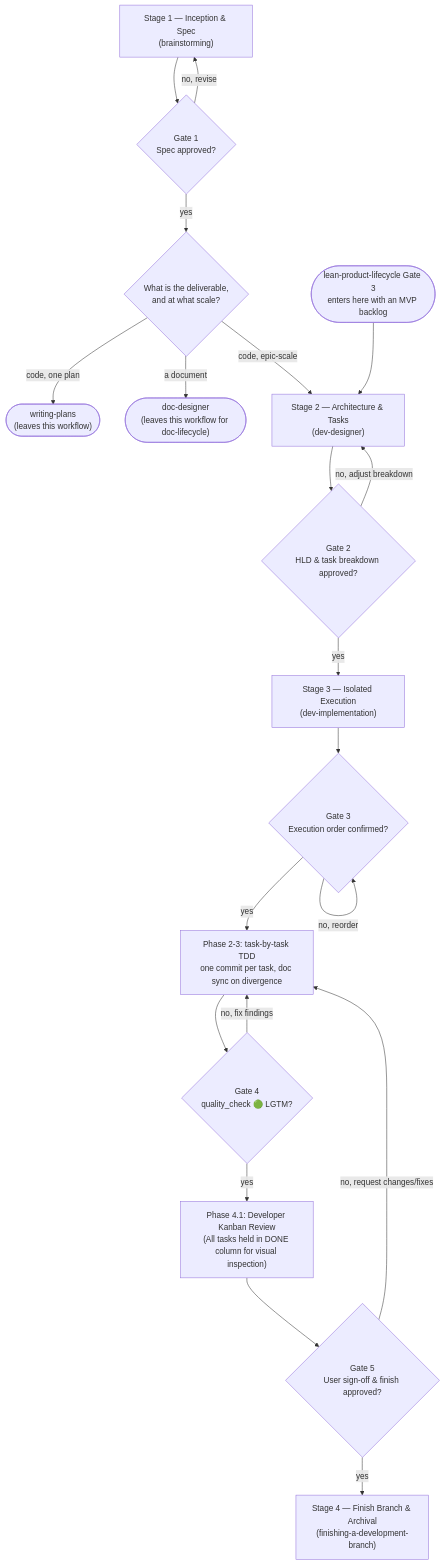
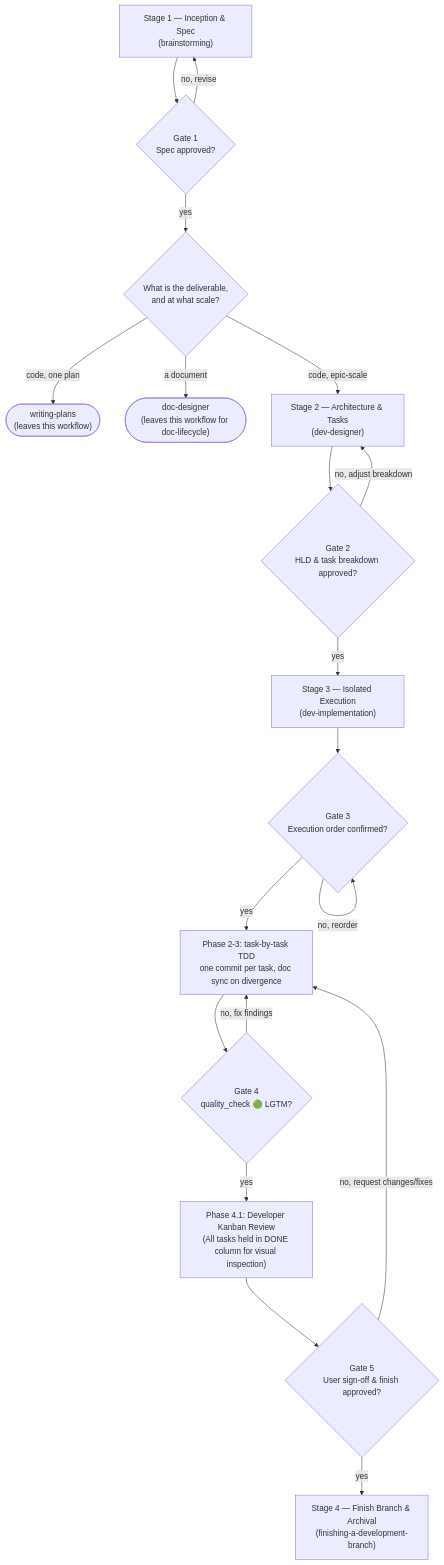
One commit to DanhDue/ai-agent-tools changed the diagram in skills/dev-lifecycle/SKILL.md. Above: the diagram before and after it, drawn with Mermaid. The commit also changed other lines of this file and 1 other file, not shown here.

First line of the commit message:
[DOC_LIFECYCLE] Revert the out-of-scope dev-lifecycle changes

````diff
--- a/skills/dev-lifecycle/SKILL.md
+++ b/skills/dev-lifecycle/SKILL.md
@@ -22,39 +22,37 @@
 ```mermaid
 flowchart TD
     S1["Stage 1 — Inception &amp; Spec<br/>(brainstorming)"]
     G1{"Gate 1<br/>Spec approved?"}
     ROUTE{"What is the deliverable,<br/>and at what scale?"}
     PLANS(["writing-plans<br/>(leaves this workflow)"])
     DOCD(["doc-designer<br/>(leaves this workflow for doc-lifecycle)"])
-    LEAN(["lean-product-lifecycle Gate 3<br/>enters here with an MVP backlog"])
     S2["Stage 2 — Architecture &amp; Tasks<br/>(dev-designer)"]
     G2{"Gate 2<br/>HLD &amp; task breakdown approved?"}
     S3["Stage 3 — Isolated Execution<br/>(dev-implementation)"]
     G3{"Gate 3<br/>Execution order confirmed?"}
     EXEC["Phase 2-3: task-by-task TDD<br/>one commit per task, doc sync on divergence"]
     G4{"Gate 4<br/>quality_check 🟢 LGTM?"}
     REVIEW["Phase 4.1: Developer Kanban Review<br/>(All tasks held in DONE column for visual inspection)"]
     G5{"Gate 5<br/>User sign-off &amp; finish approved?"}
     S4["Stage 4 — Finish Branch &amp; Archival<br/>(finishing-a-development-branch)"]
 
     S1 --> G1
     G1 -->|no, revise| S1
     G1 -->|yes| ROUTE
     ROUTE -->|"code, one plan"| PLANS
     ROUTE -->|"a document"| DOCD
     ROUTE -->|"code, epic-scale"| S2
-    LEAN --> S2
     S2 --> G2
     G2 -->|no, adjust breakdown| S2
     G2 -->|yes| S3
     S3 --> G3
     G3 -->|no, reorder| G3
     G3 -->|yes| EXEC
     EXEC --> G4
     G4 -->|no, fix findings| EXEC
     G4 -->|yes| REVIEW
     REVIEW --> G5
     G5 -->|no, request changes/fixes| EXEC
     G5 -->|yes| S4
 
 ```
````
